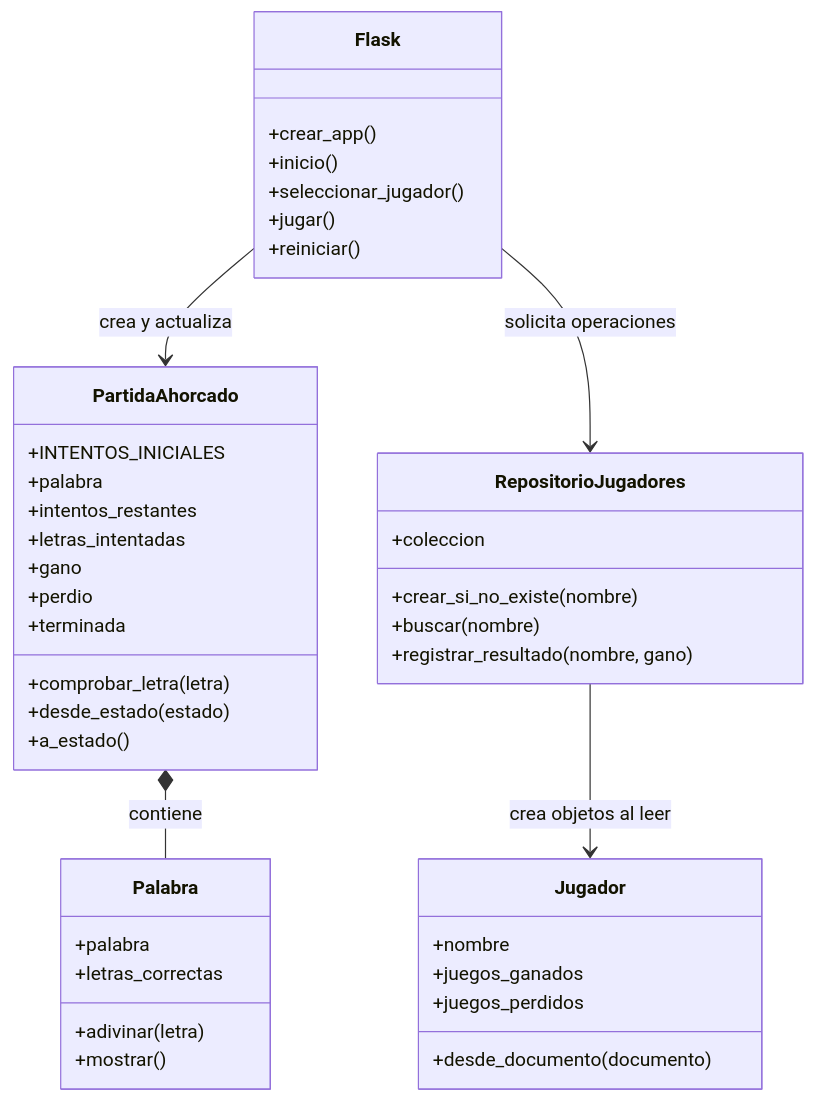
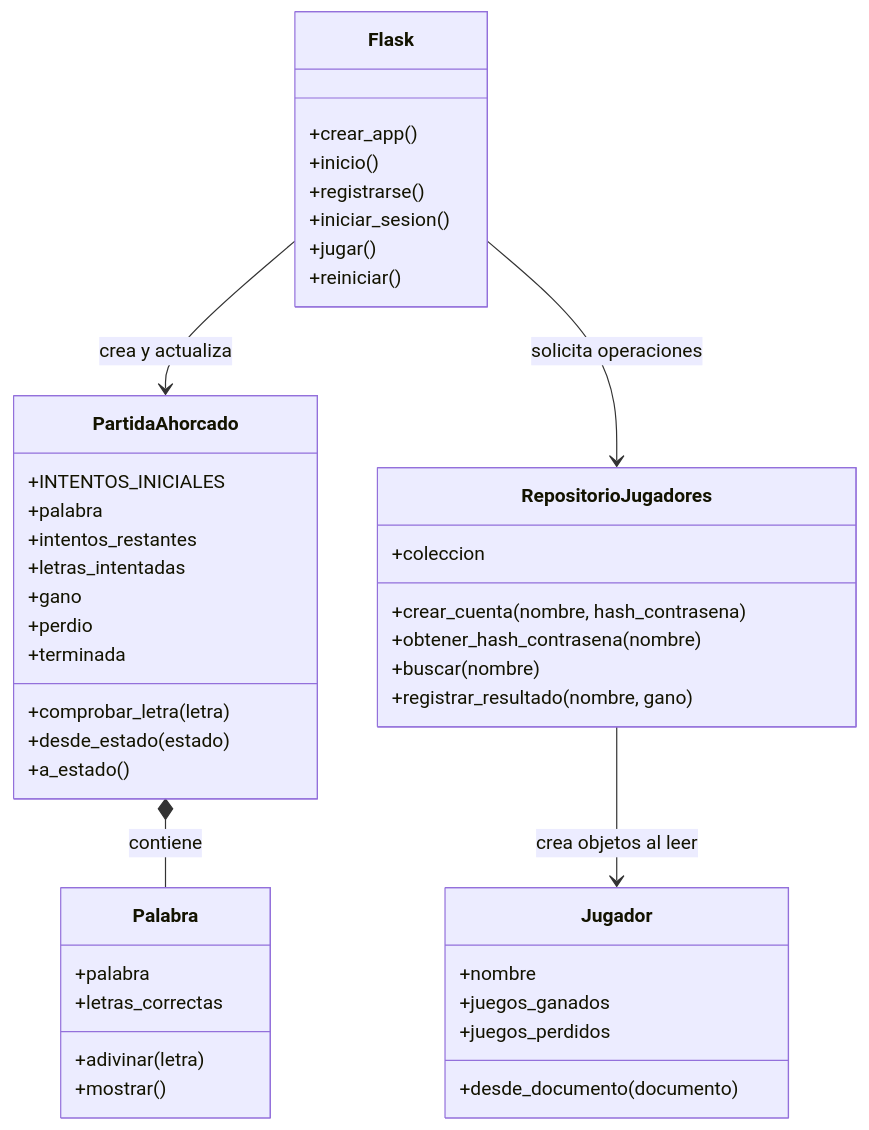
The diagram in docs/FUNCIONAMIENTO_ALGORITMICO.md (DJBonetti-star/Propuesta-8-Ahorcado), drawn with Mermaid before and after one commit. The commit also changed other lines of this file and 21 other files, not shown here.

````diff
--- a/docs/FUNCIONAMIENTO_ALGORITMICO.md
+++ b/docs/FUNCIONAMIENTO_ALGORITMICO.md
@@ -25,49 +25,51 @@
 ```mermaid
 classDiagram
     class Jugador {
         +nombre
         +juegos_ganados
         +juegos_perdidos
         +desde_documento(documento)
     }
 
     class Palabra {
         +palabra
         +letras_correctas
         +adivinar(letra)
         +mostrar()
     }
 
     class PartidaAhorcado {
         +INTENTOS_INICIALES
         +palabra
         +intentos_restantes
         +letras_intentadas
         +comprobar_letra(letra)
         +gano
         +perdio
         +terminada
         +desde_estado(estado)
         +a_estado()
     }
 
     class RepositorioJugadores {
         +coleccion
-        +crear_si_no_existe(nombre)
+        +crear_cuenta(nombre, hash_contrasena)
+        +obtener_hash_contrasena(nombre)
         +buscar(nombre)
         +registrar_resultado(nombre, gano)
     }
 
     class Flask {
         +crear_app()
         +inicio()
-        +seleccionar_jugador()
+        +registrarse()
+        +iniciar_sesion()
         +jugar()
         +reiniciar()
     }
 
     PartidaAhorcado *-- Palabra : contiene
     Flask --> PartidaAhorcado : crea y actualiza
     Flask --> RepositorioJugadores : solicita operaciones
     RepositorioJugadores --> Jugador : crea objetos al leer
 ```
````
